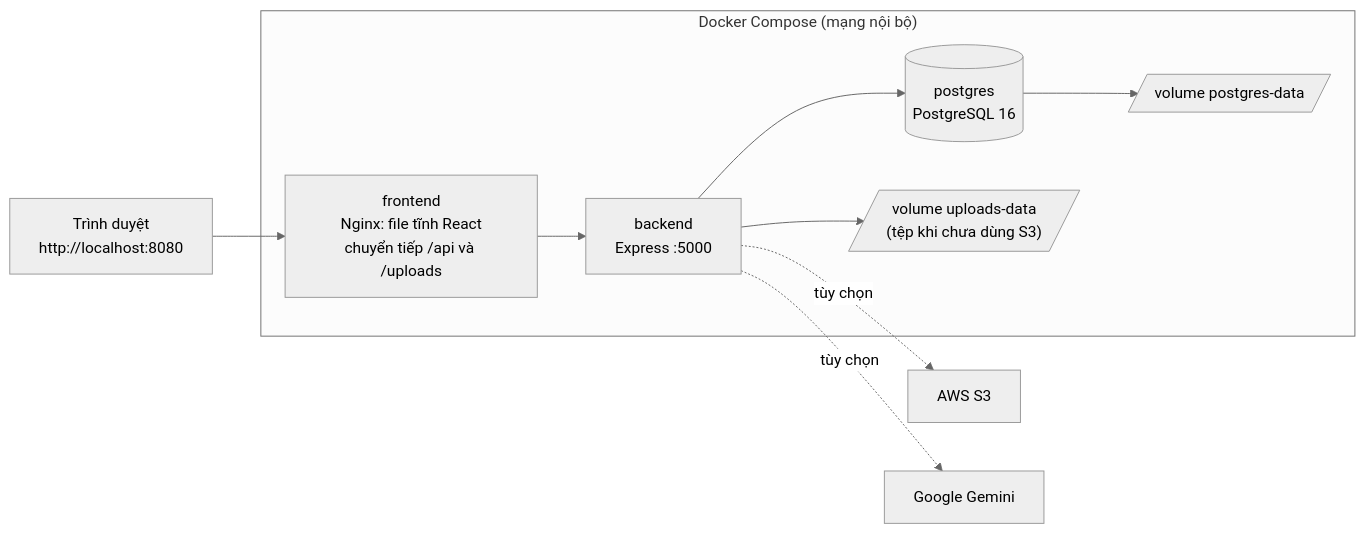
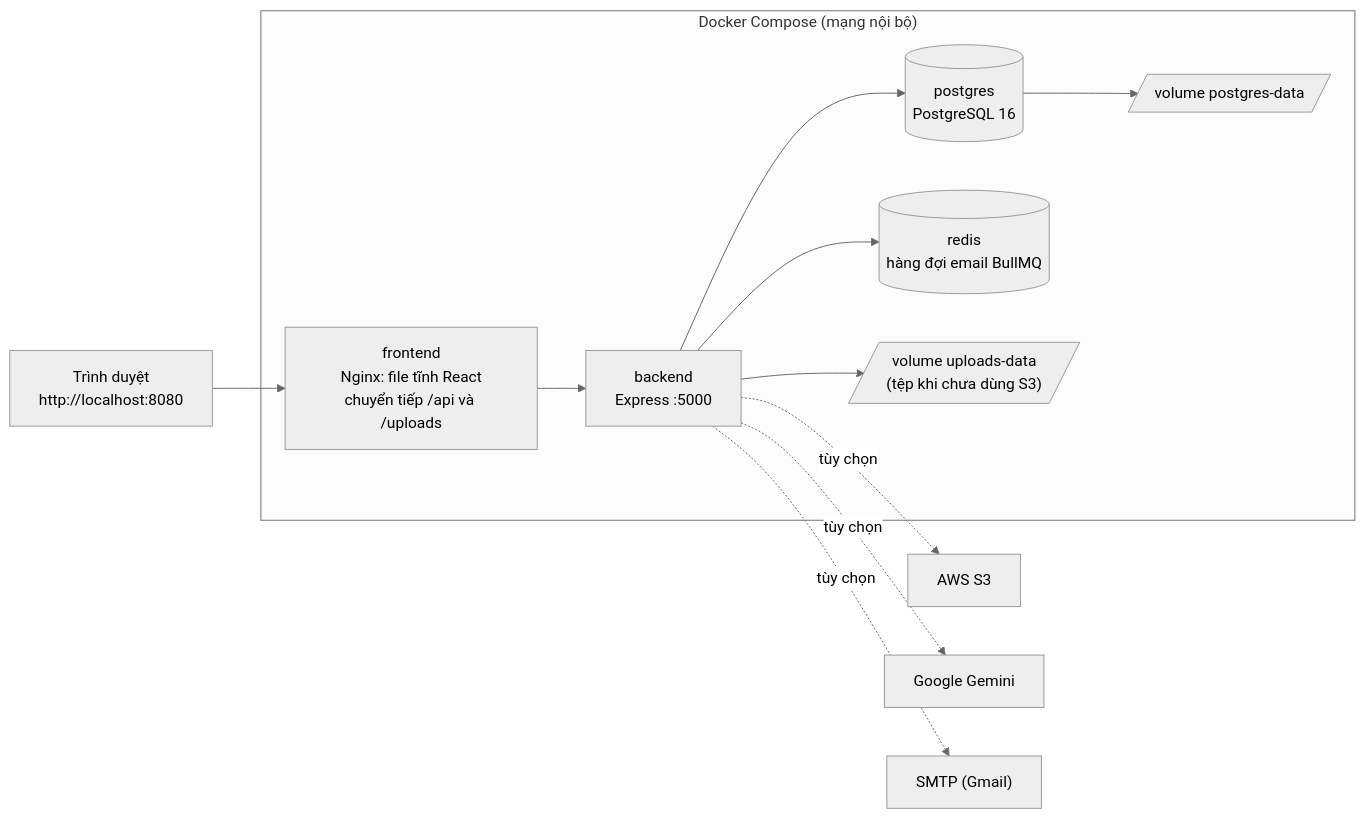
Before and after one commit to dunghvd79/eduverse: the diagram in docs/architecture/deployment.md, drawn with Mermaid (neutral theme). The commit also changed other lines of this file and 19 other files, not shown here.

Commit message:
feat: gửi email OTP và đặt lại mật khẩu qua BullMQ + Redis (Nodemailer)

````diff
--- a/docs/architecture/deployment.md
+++ b/docs/architecture/deployment.md
@@ -10,12 +10,14 @@
 ```mermaid
 flowchart LR
     U["Trình duyệt<br/>http://localhost:8080"] --> N
     subgraph Docker["Docker Compose (mạng nội bộ)"]
         N["frontend<br/>Nginx: file tĩnh React<br/>chuyển tiếp /api và /uploads"] --> B["backend<br/>Express :5000"]
         B --> P[("postgres<br/>PostgreSQL 16")]
+        B --> R[("redis<br/>hàng đợi email BullMQ")]
         B --> V[/"volume uploads-data<br/>(tệp khi chưa dùng S3)"/]
         P --> D[/"volume postgres-data"/]
     end
     B -.->|tùy chọn| S3["AWS S3"]
     B -.->|tùy chọn| G["Google Gemini"]
+    B -.->|tùy chọn| M["SMTP (Gmail)"]
 ```
````
